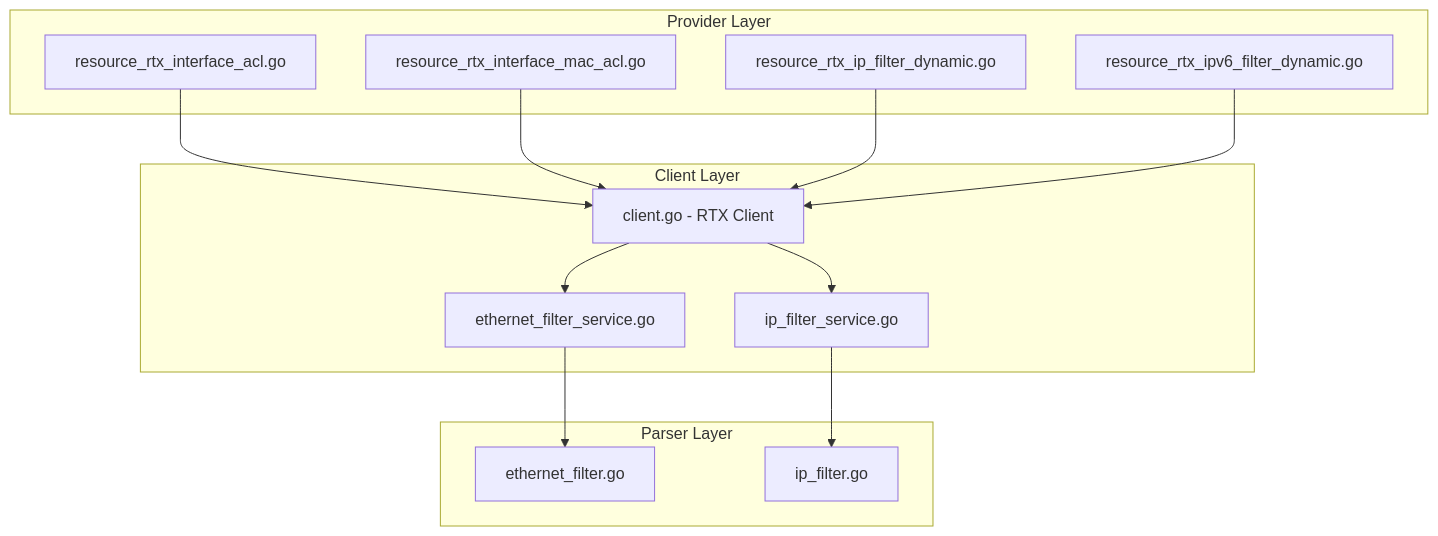
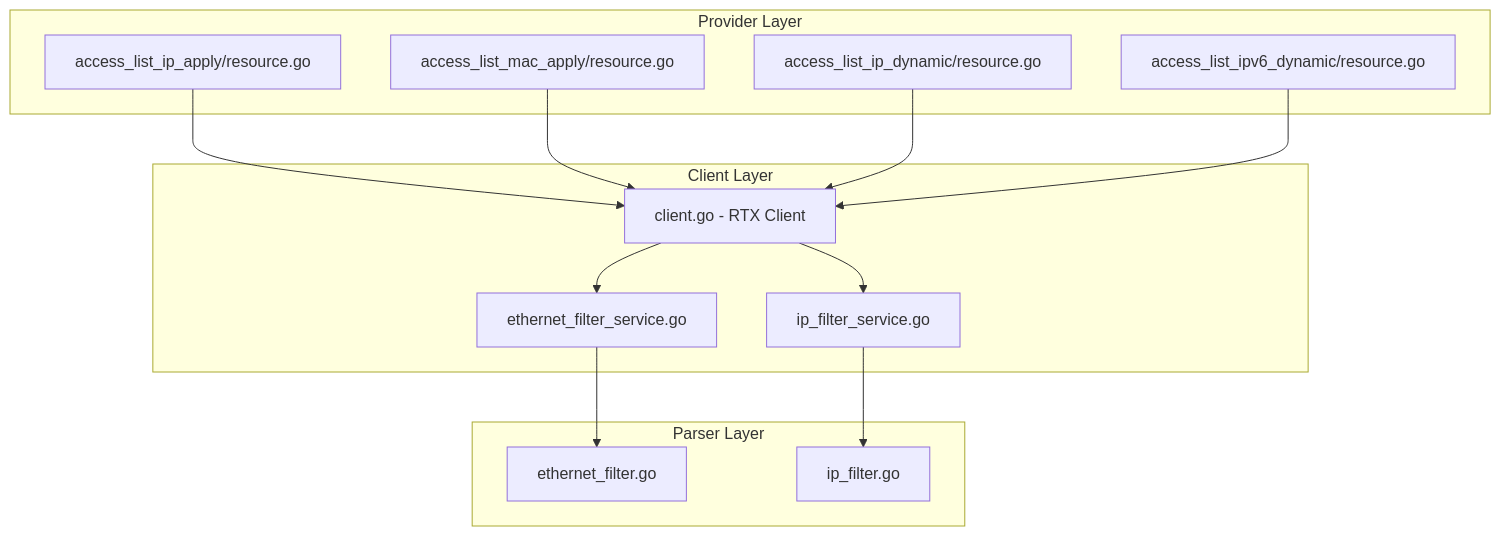
The first of 2 diagrams in .spec-workflow/master-specs/filter/design.md (shin1ohno/terraform-provider-rtx), drawn with Mermaid before and after one commit. The commit also changed other lines of this file and 43 other files, not shown here.

````diff
--- a/.spec-workflow/master-specs/filter/design.md
+++ b/.spec-workflow/master-specs/filter/design.md
@@ -61,31 +61,31 @@
 ```mermaid
 graph TD
     subgraph Provider Layer
-        InterfaceACL[resource_rtx_interface_acl.go]
-        InterfaceMACACL[resource_rtx_interface_mac_acl.go]
-        IPFilterDynamic[resource_rtx_ip_filter_dynamic.go]
-        IPv6FilterDynamic[resource_rtx_ipv6_filter_dynamic.go]
+        InterfaceACL[access_list_ip_apply/resource.go]
+        InterfaceMACACL[access_list_mac_apply/resource.go]
+        IPFilterDynamic[access_list_ip_dynamic/resource.go]
+        IPv6FilterDynamic[access_list_ipv6_dynamic/resource.go]
     end
 
     subgraph Client Layer
         Client[client.go - RTX Client]
         EthernetSvc[ethernet_filter_service.go]
         IPFilterSvc[ip_filter_service.go]
     end
 
     subgraph Parser Layer
         EthernetParser[ethernet_filter.go]
         IPFilterParser[ip_filter.go]
     end
 
     InterfaceACL --> Client
     InterfaceMACACL --> Client
     IPFilterDynamic --> Client
     IPv6FilterDynamic --> Client
 
     Client --> EthernetSvc
     Client --> IPFilterSvc
 
     EthernetSvc --> EthernetParser
     IPFilterSvc --> IPFilterParser
 ```
````
